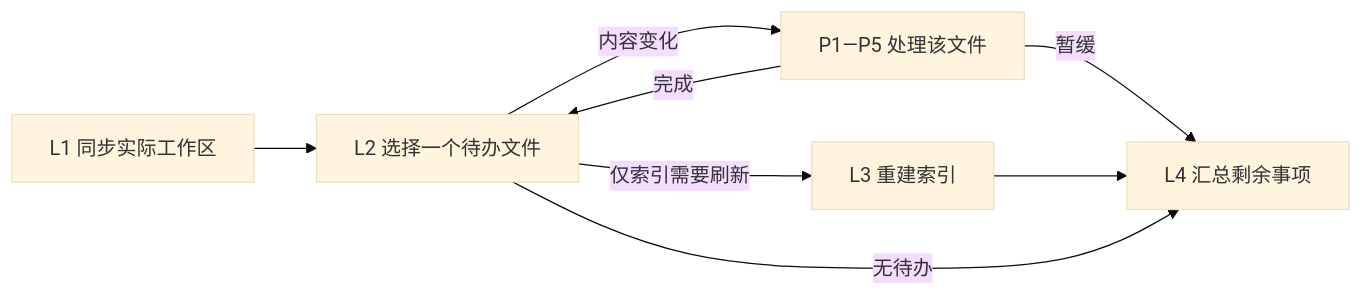
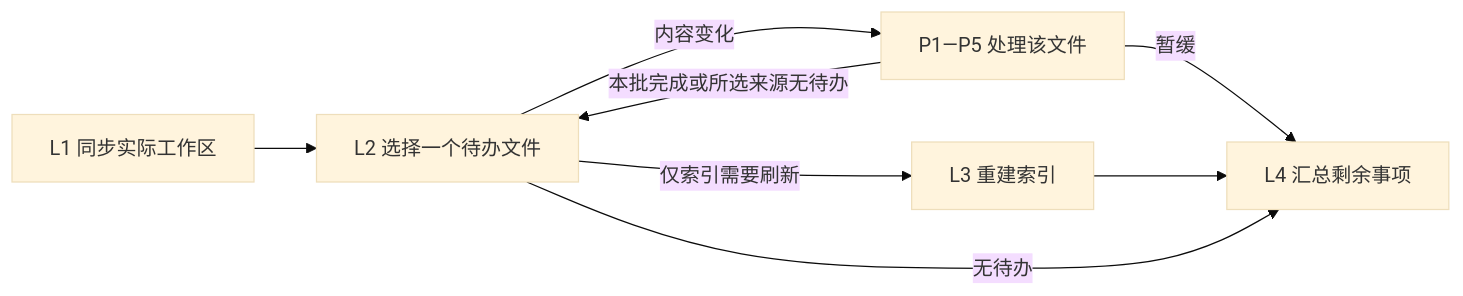
The second of 7 diagrams in himate/himate-knowledge-wifi-mp/docs-llm-wiki/知识库详细设计.md (Robin-hhc/FactumCore), drawn with Mermaid (base theme) before and after one commit. The commit also changed other lines of this file and 19 other files, not shown here.

````diff
--- a/himate/himate-knowledge-wifi-mp/docs-llm-wiki/知识库详细设计.md
+++ b/himate/himate-knowledge-wifi-mp/docs-llm-wiki/知识库详细设计.md
@@ -80,10 +83,10 @@
 ```mermaid
 flowchart LR
     L1["L1 同步实际工作区"] --> L2["L2 选择一个待办文件"]
     L2 -->|内容变化| P["P1—P5 处理该文件"]
-    P -->|完成| L2
+    P -->|本批完成或所选来源无待办| L2
     P -->|暂缓| L4["L4 汇总剩余事项"]
     L2 -->|仅索引需要刷新| L3["L3 重建索引"]
     L3 --> L4
     L2 -->|无待办| L4
 ```
````
